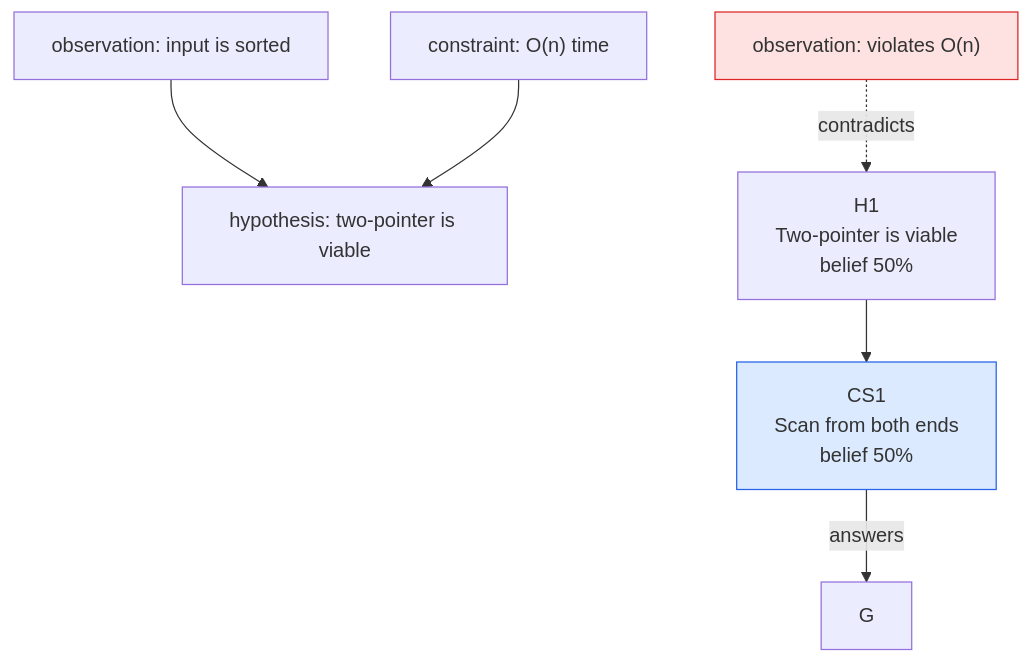
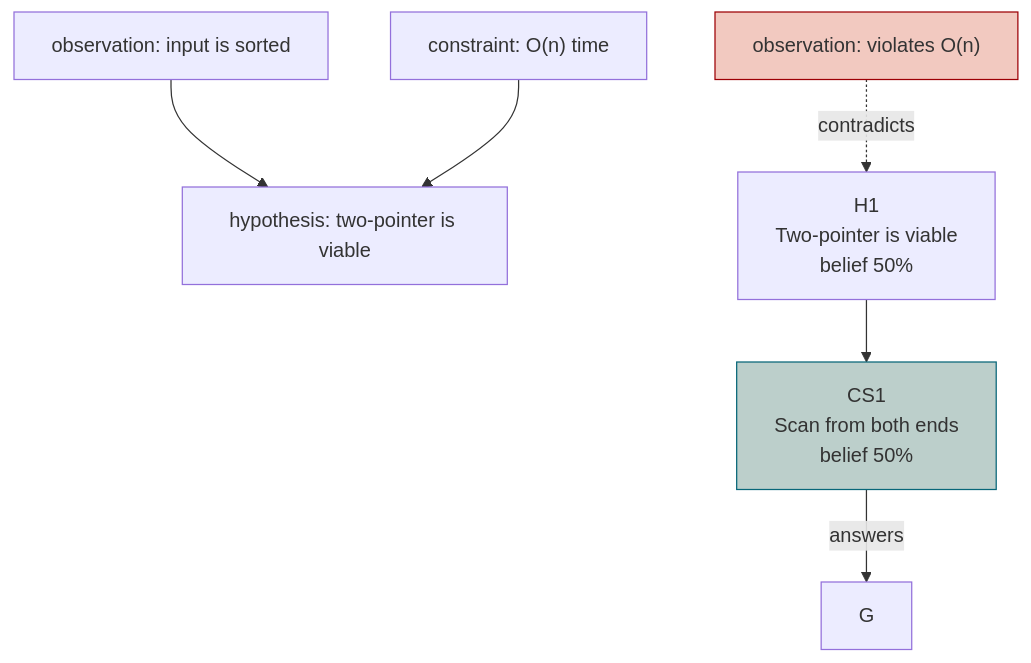
The diagram in skills/reasoning-graph/docs/rendering.md (xian0x5a/reasoning-graph), drawn with Mermaid before and after one commit. The commit also changed other lines of this file and 6 other files, not shown here.

Commit message:
feat(page): theme the page and graph in Gruvbox, light and dark

````diff
--- a/skills/reasoning-graph/docs/rendering.md
+++ b/skills/reasoning-graph/docs/rendering.md
@@ -157,14 +157,14 @@
 ```mermaid
 flowchart TD
   O1["observation: input is sorted"] --> H2["hypothesis: two-pointer is viable"]
   C1["constraint: O(n) time"] --> H2
   H1["H1<br/>Two-pointer is viable<br/>belief 50%"] --> CS1["CS1<br/>Scan from both ends<br/>belief 50%"]
   CS1 -- answers --> G
   O2["observation: violates O(n)"] -. contradicts .-> H1
 
-  classDef candidate fill:#dbeafe,stroke:#2563eb;
-  classDef bad fill:#fee2e2,stroke:#dc2626;
+  classDef candidate fill:#bccfcb,stroke:#076678;
+  classDef bad fill:#f2c9c0,stroke:#9d0006;
 
   class CS1 candidate;
   class O2 bad;
 ```
````
